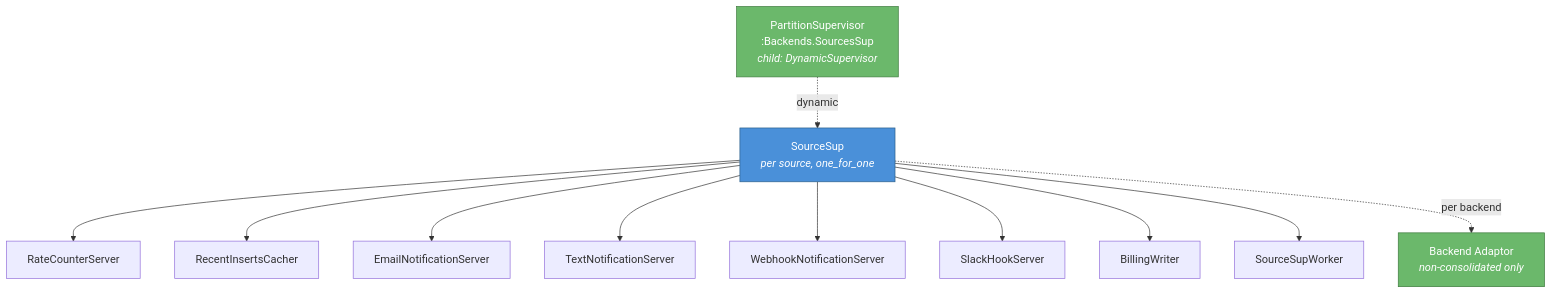
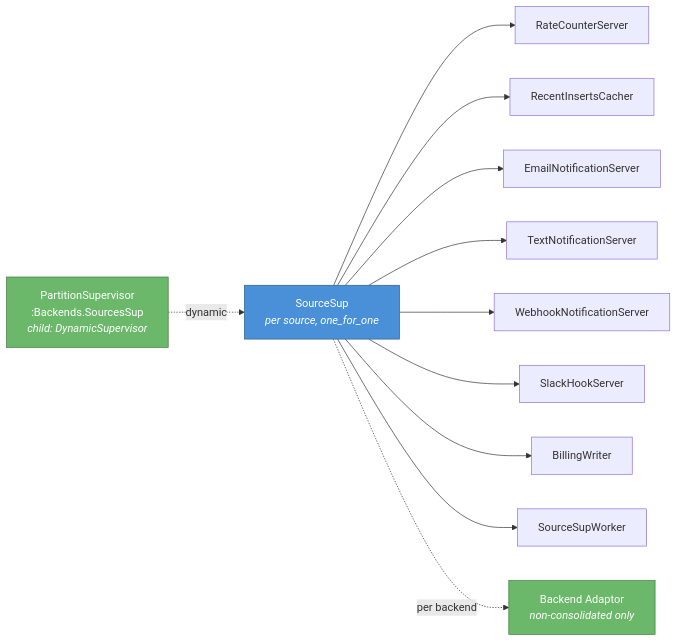
Before and after one commit to djwhitt/logflare: the seventh of 8 diagrams in docs/runtime/index.md, drawn with Mermaid. The commit also changed other lines of this file, not shown here.

First line of the commit message:
docs(runtime): make supervisor diagrams legible at content width

````diff
--- a/docs/runtime/index.md
+++ b/docs/runtime/index.md
@@ -163,20 +203,20 @@
 ```mermaid
-graph TD
+graph LR
     SourcesSup["PartitionSupervisor<br/>:Backends.SourcesSup<br/><i>child: DynamicSupervisor</i>"]
     SourcesSup -.->|"dynamic"| SourceSup["SourceSup<br/><i>per source, one_for_one</i>"]
     SourceSup --> RateCounterServer["RateCounterServer"]
     SourceSup --> RecentInserts["RecentInsertsCacher"]
     SourceSup --> EmailNotif["EmailNotificationServer"]
     SourceSup --> TextNotif["TextNotificationServer"]
     SourceSup --> WebhookNotif["WebhookNotificationServer"]
     SourceSup --> SlackHook["SlackHookServer"]
     SourceSup --> BillingWriter["BillingWriter"]
     SourceSup --> SourceSupWorker["SourceSupWorker"]
     SourceSup -.->|"per backend"| AdaptorChild["Backend Adaptor<br/><i>non-consolidated only</i>"]
 
     classDef supervisor fill:#4a90d9,stroke:#2c5f8a,color:#fff
     classDef dynamic fill:#6bb86b,stroke:#3d7a3d,color:#fff
 
     class SourceSup supervisor
     class SourcesSup,AdaptorChild dynamic
 ```
````
